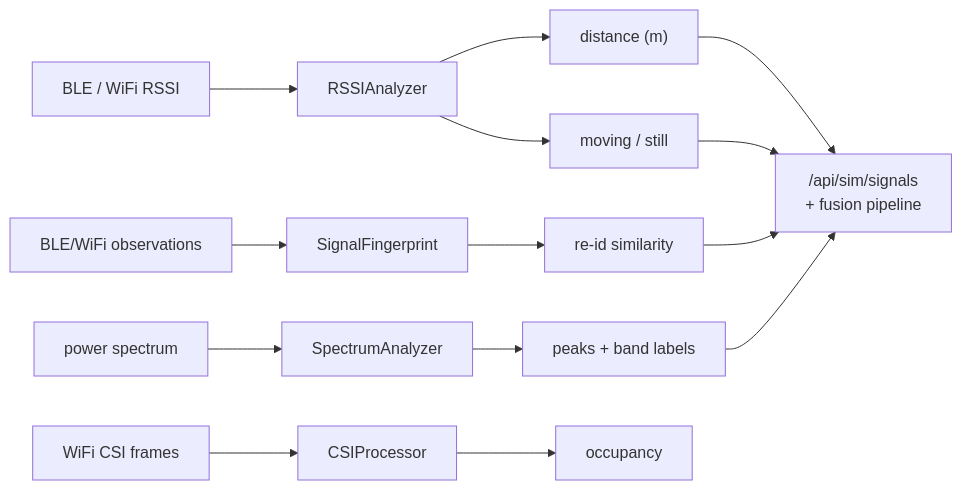
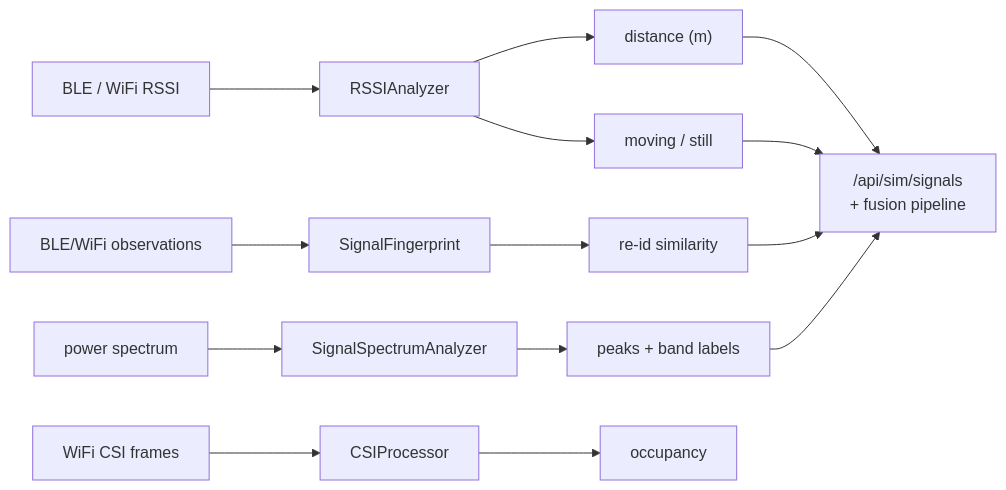
The diagram in src/tritium_lib/signals/README.md (Valpatel/tritium-lib), drawn with Mermaid before and after one commit. The commit also changed other lines of this file and 4 other files, not shown here.

First line of the commit message:
sig-fix: rename signals SpectrumAnalyzer -> SignalSpectrumAnalyzer (end sdr name collision)

````diff
--- a/src/tritium_lib/signals/README.md
+++ b/src/tritium_lib/signals/README.md
@@ -90,16 +94,16 @@
 ```mermaid
 flowchart LR
     BLE["BLE / WiFi RSSI"] --> RA["RSSIAnalyzer"]
     RA --> DIST["distance (m)"]
     RA --> MOT["moving / still"]
     OBS["BLE/WiFi observations"] --> FP["SignalFingerprint"]
     FP --> REID["re-id similarity"]
-    SPEC["power spectrum"] --> SA["SpectrumAnalyzer"]
+    SPEC["power spectrum"] --> SA["SignalSpectrumAnalyzer"]
     SA --> PK["peaks + band labels"]
     CSI["WiFi CSI frames"] --> CP["CSIProcessor"]
     CP --> OCC["occupancy"]
     DIST --> API["/api/sim/signals<br/>+ fusion pipeline"]
     MOT --> API
     REID --> API
     PK --> API
 ```
````
